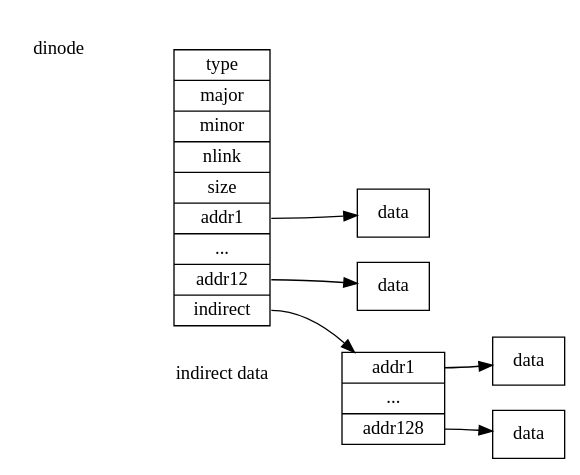
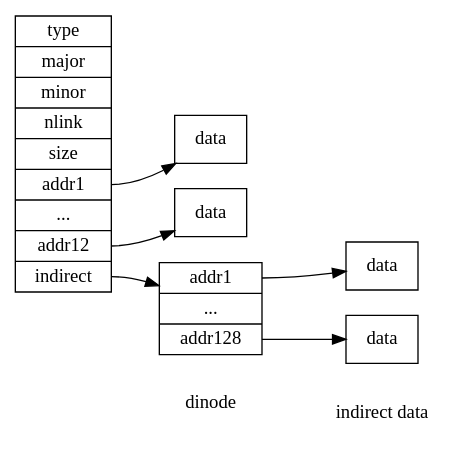
Before and after one commit to Jeanhwea/xv6-course: the diagram in 62-buffer-log.org, drawn with Graphviz. The commit also changed 1 other file, not shown here.

```diff
--- a/62-buffer-log.org
+++ b/62-buffer-log.org
@@ -11,48 +11,48 @@
 #+BEGIN_SRC dot :exports results :file ./img/dinode.png
   digraph {
     graph [
       rankdir = "LR"
     ];
+    dinode [
+      label = "type|major|minor|nlink|size|<f1>addr1|...|<f2>addr12|<f3>indirect"
+      shape = "record"
+    ];
+    dinode:s -> dinode0 [style="invis"];
     dinode0 [
       label = "dinode"
       shape = none
-    ];
-    dinode0 -> dinode:n [style="invis"];
-    dinode [
-      label = "type|major|minor|nlink|size|<f1>addr1|...|<f2>addr12|<f3>indirect"
-      shape = "record"
     ];
     dinode:f1 -> data01;
     data01 [
       label = "data"
       shape = "record"
     ];
     dinode:f2 -> data12;
     data12 [
       label = "data"
       shape = "record"
     ];
 
+    indrnode [
+      label = "<f1>addr1|...|<f2>addr128"
+      shape = "record"
+    ];
+    dinode:f3 -> indrnode;
+    indrnode:s -> indrnode0 [style="invis"];
     indrnode0 [
       label = "indirect data"
       shape = none
-    ];
-    indrnode0 -> indrnode:n [style="invis"];
-    dinode:f3 -> indrnode;
-    indrnode [
-      label = "<f1>addr1|...|<f2>addr128"
-      shape = "record"
     ];
 
     indrnode:f1 -> idata01;
     idata01 [
       label = "data"
       shape = "record"
     ];
     indrnode:f2 -> idata128;
     idata128 [
       label = "data"
       shape = "record"
     ];
   }
 #+END_SRC
```
